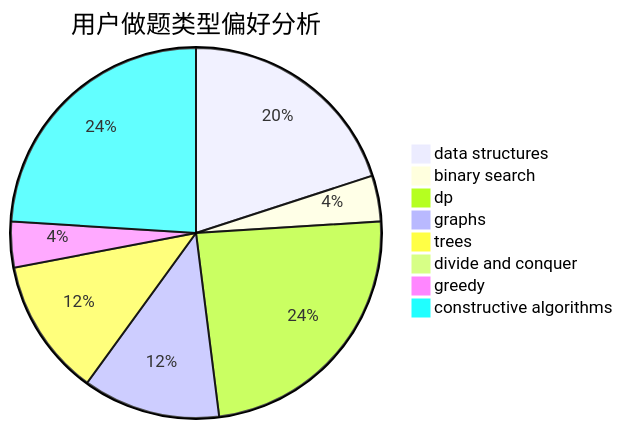
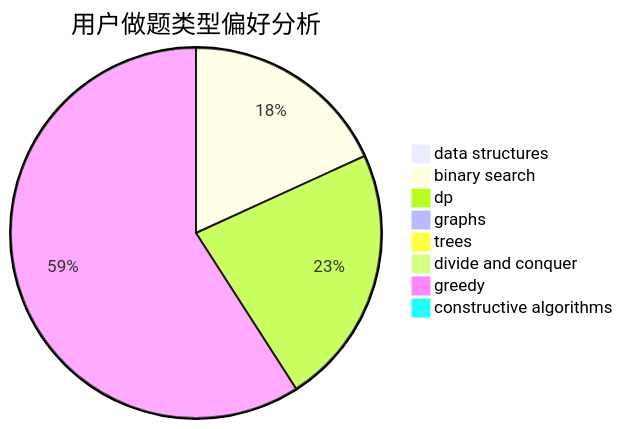
Before and after one commit to sherpahu/cfrs.github.io: the second of 3 diagrams in docs/user/u1005.md, drawn with Mermaid. The commit also changed other lines of this file and 2770 other files, not shown here.

````diff
--- a/docs/user/u1005.md
+++ b/docs/user/u1005.md
@@ -23,11 +23,11 @@
 ```mermaid
 pie title 用户做题类型偏好分析
-    "data structures" :  5
-    "binary search" :  1
-    "dp" :  6
-    "graphs" :  3
-    "trees" :  3
+    "data structures" :  0
+    "binary search" :  4
+    "dp" :  5
+    "graphs" :  0
+    "trees" :  0
     "divide and conquer" :  0
-    "greedy" :  1
-    "constructive algorithms" :  6
+    "greedy" :  13
+    "constructive algorithms" :  0
 ```
````
